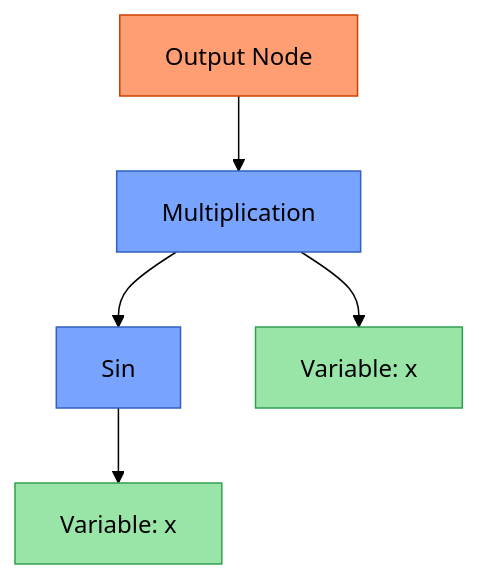
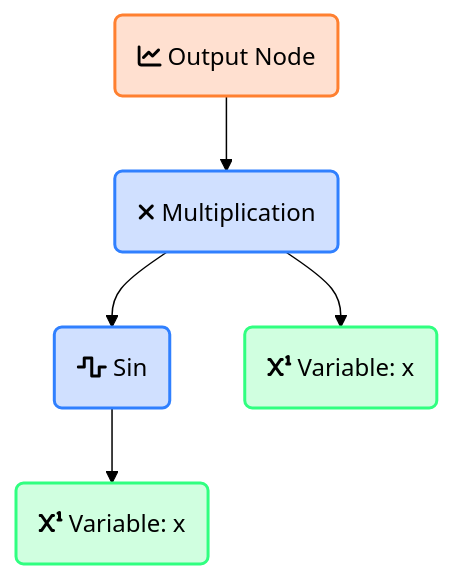
One commit to rdguerrerom/AutoDiff changed the third of 5 diagrams in README.md. Above: the diagram before and after it, drawn with Mermaid (forest theme). The commit also changed other lines of this file, not shown here.

````diff
--- a/README.md
+++ b/README.md
@@ -143,13 +170,22 @@
 ```mermaid
-flowchart TD
-    A["Output Node"] --> B["Multiplication"]
-    B --> C["Sin"]
-    B --> D["Variable: x"]
-    C --> E["Variable: x"]
+graph TD
+    %% Nodes
+    A("fa:fa-chart-line Output Node")
+    B("fa:fa-times Multiplication")
+    C("fa:fa-wave-square Sin")
+    D("fa:fa-superscript Variable: x")
+    E("fa:fa-superscript Variable: x")
     
-    style A fill:#ff9d73,stroke:#d04000
-    style B fill:#78a3ff,stroke:#3060c0
-    style C fill:#78a3ff,stroke:#3060c0
-    style D fill:#98e5a7,stroke:#30a050
-    style E fill:#98e5a7,stroke:#30a050
+    %% Connections
+    A --> B
+    B --> C
+    B --> D
+    C --> E
+    
+    %% Styling
+    style A fill:#ffe0d0,stroke:#ff8030,stroke-width:2px
+    style B fill:#d0e0ff,stroke:#3080ff,stroke-width:2px
+    style C fill:#d0e0ff,stroke:#3080ff,stroke-width:2px
+    style D fill:#d0ffe0,stroke:#30ff80,stroke-width:2px
+    style E fill:#d0ffe0,stroke:#30ff80,stroke-width:2px
 ```
````
